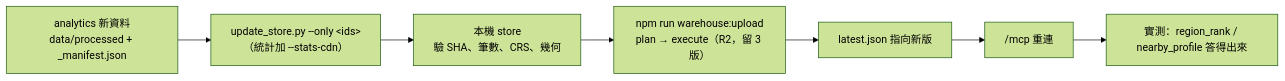
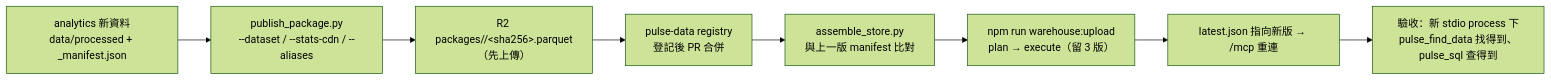
The third of 3 diagrams in docs/features/agent-research-workbench/ARCHITECTURE.md (ianlkl11234s/mini-taiwan-pulse), drawn with Mermaid (forest theme) before and after one commit. The commit also changed other lines of this file and 1 other file, not shown here.

First line of the commit message:
docs(agent): ARCHITECTURE 與 layer-onboarding 改指 ADR-0023 倉庫新流程

````diff
--- a/docs/features/agent-research-workbench/ARCHITECTURE.md
+++ b/docs/features/agent-research-workbench/ARCHITECTURE.md
@@ -229,9 +236,10 @@
 ```mermaid
 flowchart LR
-    A["analytics 新資料<br/>data/processed + _manifest.json"] --> B["update_store.py --only &lt;ids&gt;<br/>（統計加 --stats-cdn）"]
-    B --> C["本機 store<br/>驗 SHA、筆數、CRS、幾何"]
-    C --> D["npm run warehouse:upload<br/>plan → execute（R2，留 3 版）"]
-    D --> E["latest.json 指向新版"]
-    E --> F["/mcp 重連"]
-    F --> G["實測：region_rank / nearby_profile 答得出來"]
+    A["analytics 新資料<br/>data/processed + _manifest.json"] --> B["publish_package.py<br/>--dataset / --stats-cdn / --aliases"]
+    B --> C["R2 packages/<table>/&lt;sha256&gt;.parquet<br/>（先上傳）"]
+    C --> D["pulse-data registry<br/>登記後 PR 合併"]
+    D --> E["assemble_store.py<br/>與上一版 manifest 比對"]
+    E --> F["npm run warehouse:upload<br/>plan → execute（留 3 版）"]
+    F --> G["latest.json 指向新版 → /mcp 重連"]
+    G --> H["驗收：新 stdio process 下<br/>pulse_find_data 找得到、pulse_sql 查得到"]
 ```
````
